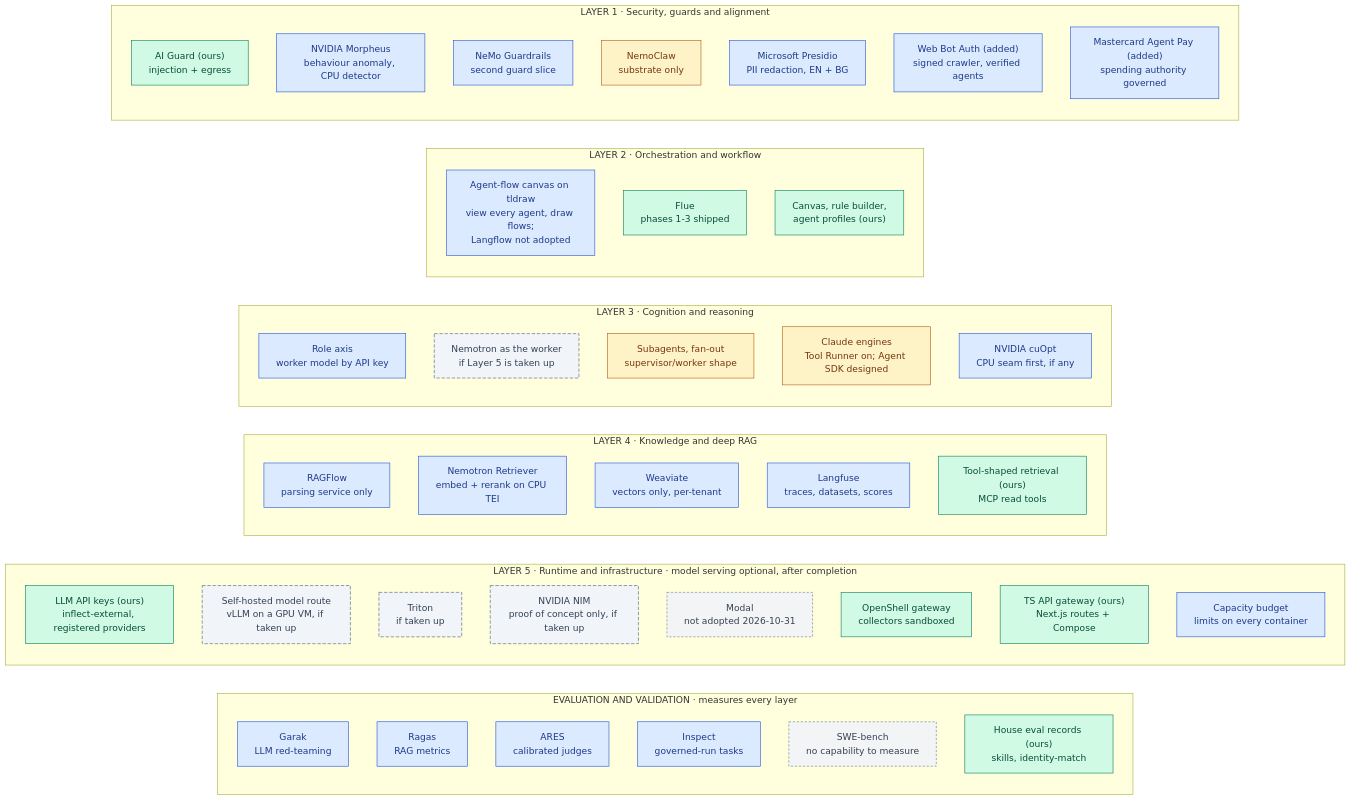
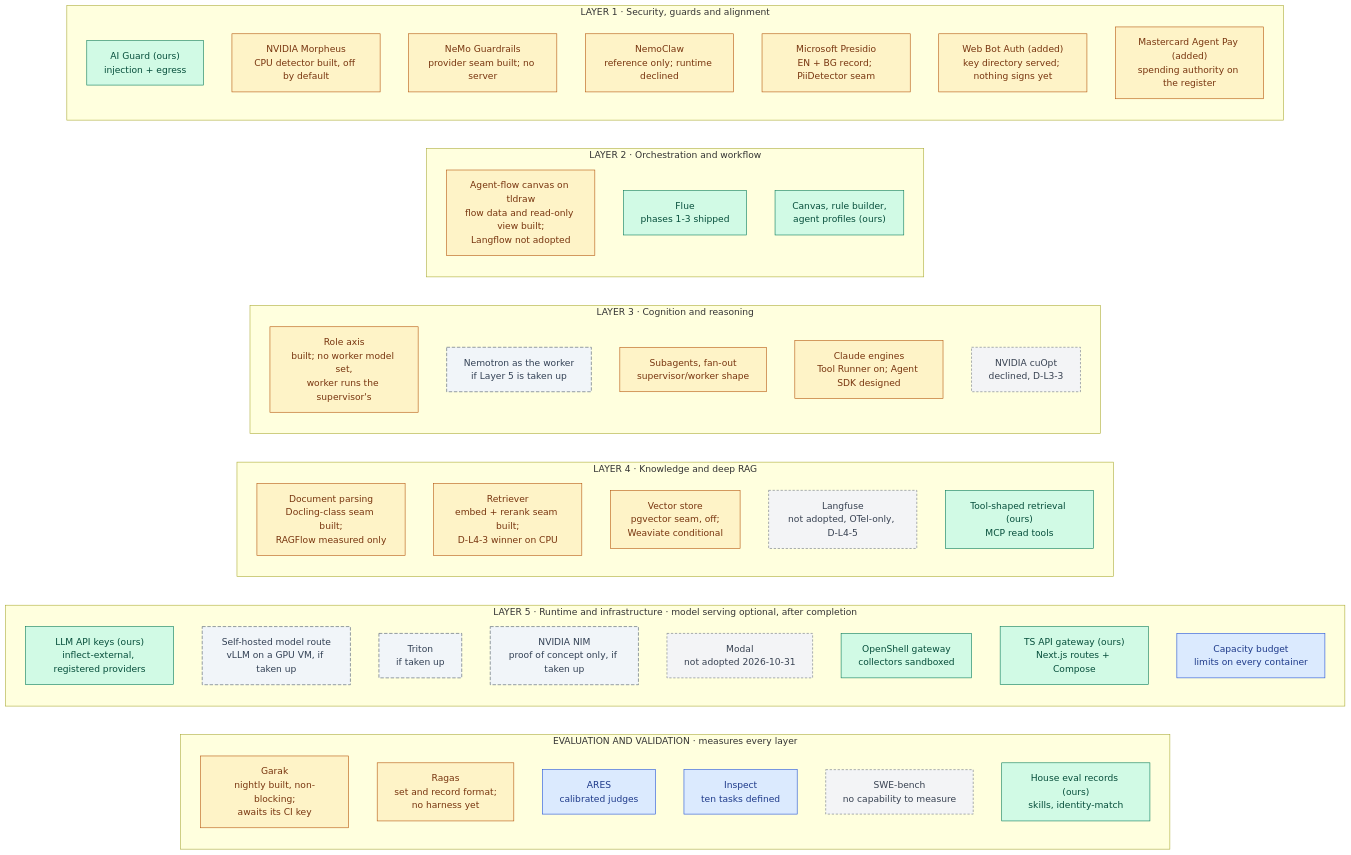
Before and after one commit to RodnaPamet/inflect-compliance: the first of 5 diagrams in docs/ai-architecture-roadmap.md, drawn with Mermaid. The commit also changed other lines of this file and 287 other files, not shown here.

First line of the commit message:
AI roadmap waves 0–1: owner decisions, 22 phases built across 15 roadmaps (#5323)

````diff
--- a/docs/ai-architecture-roadmap.md
+++ b/docs/ai-architecture-roadmap.md
@@ -59,66 +62,66 @@
 ```mermaid
 flowchart LR
   subgraph EV["EVALUATION AND VALIDATION · measures every layer"]
     direction TB
-    GA["Garak<br/>LLM red-teaming"]:::todo
-    RA["Ragas<br/>RAG metrics"]:::todo
+    GA["Garak<br/>nightly built, non-blocking;<br/>awaits its CI key"]:::partial
+    RA["Ragas<br/>set and record format;<br/>no harness yet"]:::partial
     AR["ARES<br/>calibrated judges"]:::todo
-    IS["Inspect<br/>governed-run tasks"]:::todo
+    IS["Inspect<br/>ten tasks defined"]:::todo
     SB["SWE-bench<br/>no capability to measure"]:::declined
     HR["House eval records (ours)<br/>skills, identity-match"]:::done
   end
 
   subgraph L5["LAYER 5 · Runtime and infrastructure · model serving optional, after completion"]
     direction TB
     API["LLM API keys (ours)<br/>inflect-external, registered providers"]:::done
     MD["Self-hosted model route<br/>vLLM on a GPU VM, if taken up"]:::optional
     TT["Triton<br/>if taken up"]:::optional
     NIM["NVIDIA NIM<br/>proof of concept only, if taken up"]:::optional
     MO5["Modal<br/>not adopted 2026-10-31"]:::declined
     OS["OpenShell gateway<br/>collectors sandboxed"]:::done
     GW["TS API gateway (ours)<br/>Next.js routes + Compose"]:::done
     CAP["Capacity budget<br/>limits on every container"]:::todo
   end
 
   subgraph L4["LAYER 4 · Knowledge and deep RAG"]
     direction TB
-    RF["RAGFlow<br/>parsing service only"]:::todo
-    RT["Nemotron Retriever<br/>embed + rerank on CPU TEI"]:::todo
-    WV["Weaviate<br/>vectors only, per-tenant"]:::todo
-    LU["Langfuse<br/>traces, datasets, scores"]:::todo
+    RF["Document parsing<br/>Docling-class seam built;<br/>RAGFlow measured only"]:::partial
+    RT["Retriever<br/>embed + rerank seam built;<br/>D-L4-3 winner on CPU"]:::partial
+    WV["Vector store<br/>pgvector seam, off;<br/>Weaviate conditional"]:::partial
+    LU["Langfuse<br/>not adopted, OTel-only, D-L4-5"]:::declined
     TR["Tool-shaped retrieval (ours)<br/>MCP read tools"]:::done
   end
 
   subgraph L3["LAYER 3 · Cognition and reasoning"]
     direction TB
-    NR["Role axis<br/>worker model by API key"]:::todo
+    NR["Role axis<br/>built; no worker model set,<br/>worker runs the supervisor's"]:::partial
     NW["Nemotron as the worker<br/>if Layer 5 is taken up"]:::optional
     SW["Subagents, fan-out<br/>supervisor/worker shape"]:::partial
     CL["Claude engines<br/>Tool Runner on; Agent SDK designed"]:::partial
-    CO["NVIDIA cuOpt<br/>CPU seam first, if any"]:::todo
+    CO["NVIDIA cuOpt<br/>declined, D-L3-3"]:::declined
   end
 
   subgraph L2["LAYER 2 · Orchestration and workflow"]
     direction TB
-    LF["Agent-flow canvas on tldraw<br/>view every agent, draw flows;<br/>Langflow not adopted"]:::todo
+    LF["Agent-flow canvas on tldraw<br/>flow data and read-only view built;<br/>Langflow not adopted"]:::partial
     FL["Flue<br/>phases 1-3 shipped"]:::done
     CV["Canvas, rule builder,<br/>agent profiles (ours)"]:::done
   end
 
   subgraph L1["LAYER 1 · Security, guards and alignment"]
     direction TB
     AG["AI Guard (ours)<br/>injection + egress"]:::done
-    MO["NVIDIA Morpheus<br/>behaviour anomaly, CPU detector"]:::todo
-    NG["NeMo Guardrails<br/>second guard slice"]:::todo
-    NC["NemoClaw<br/>substrate only"]:::partial
-    PR["Microsoft Presidio<br/>PII redaction, EN + BG"]:::todo
-    WB["Web Bot Auth (added)<br/>signed crawler, verified agents"]:::todo
-    MA["Mastercard Agent Pay (added)<br/>spending authority governed"]:::todo
+    MO["NVIDIA Morpheus<br/>CPU detector built, off by default"]:::partial
+    NG["NeMo Guardrails<br/>provider seam built; no server"]:::partial
+    NC["NemoClaw<br/>reference only; runtime declined"]:::partial
+    PR["Microsoft Presidio<br/>EN + BG record; PiiDetector seam"]:::partial
+    WB["Web Bot Auth (added)<br/>key directory served; nothing signs yet"]:::partial
+    MA["Mastercard Agent Pay (added)<br/>spending authority on the register"]:::partial
   end
 
   classDef done fill:#d1fae5,stroke:#047857,color:#064e3b
   classDef partial fill:#fef3c7,stroke:#b45309,color:#78350f
   classDef todo fill:#dbeafe,stroke:#1d4ed8,color:#1e3a8a
   classDef optional fill:#f1f5f9,stroke:#475569,color:#334155,stroke-dasharray:6 3
   classDef declined fill:#f3f4f6,stroke:#6b7280,color:#374151,stroke-dasharray:4 3
 ```
````
